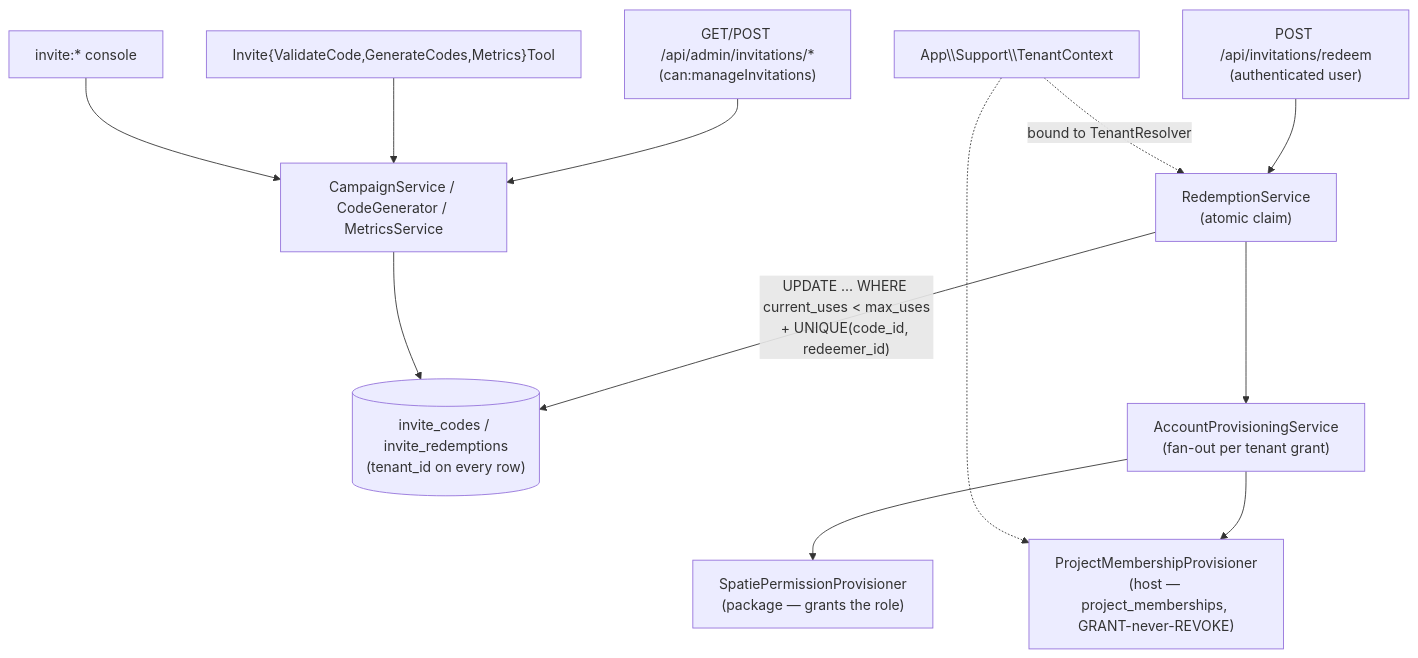
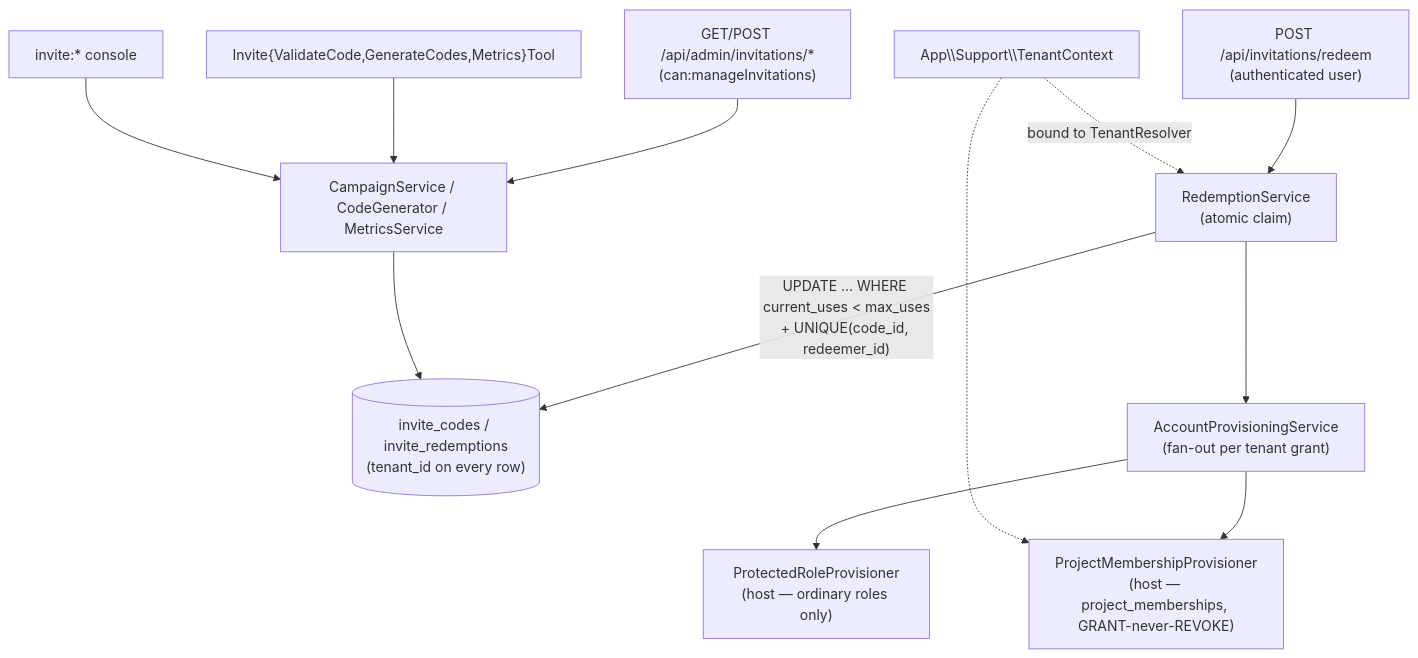
One commit to lopadova/AskMyDocs changed the diagram in docs-site/invitations.mdx. Above: the diagram before and after it, drawn with Mermaid. The commit also changed other lines of this file and 15 other files, not shown here.

````diff
--- a/docs-site/invitations.mdx
+++ b/docs-site/invitations.mdx
@@ -54,14 +56,14 @@
 ```mermaid
 flowchart TD
     Redeem["POST /api/invitations/redeem<br/>(authenticated user)"] --> RS["RedemptionService<br/>(atomic claim)"]
     RS -->|"UPDATE … WHERE current_uses < max_uses<br/>+ UNIQUE(code_id, redeemer_id)"| DB[("invite_codes / invite_redemptions<br/>(tenant_id on every row)")]
     RS --> APS["AccountProvisioningService<br/>(fan-out per tenant grant)"]
-    APS --> P1["SpatiePermissionProvisioner<br/>(package — grants the role)"]
+    APS --> P1["ProtectedRoleProvisioner<br/>(host — ordinary roles only)"]
     APS --> P2["ProjectMembershipProvisioner<br/>(host — project_memberships, GRANT-never-REVOKE)"]
     TR["App\\Support\\TenantContext"] -.->|"bound to TenantResolver"| RS
     TR -.-> P2
     Admin["GET/POST /api/admin/invitations/*<br/>(can:manageInvitations)"] --> Core["CampaignService / CodeGenerator / MetricsService"]
     MCP["Invite{ValidateCode,GenerateCodes,Metrics}Tool"] --> Core
     CLI["invite:* console"] --> Core
     Core --> DB
 ```
````
